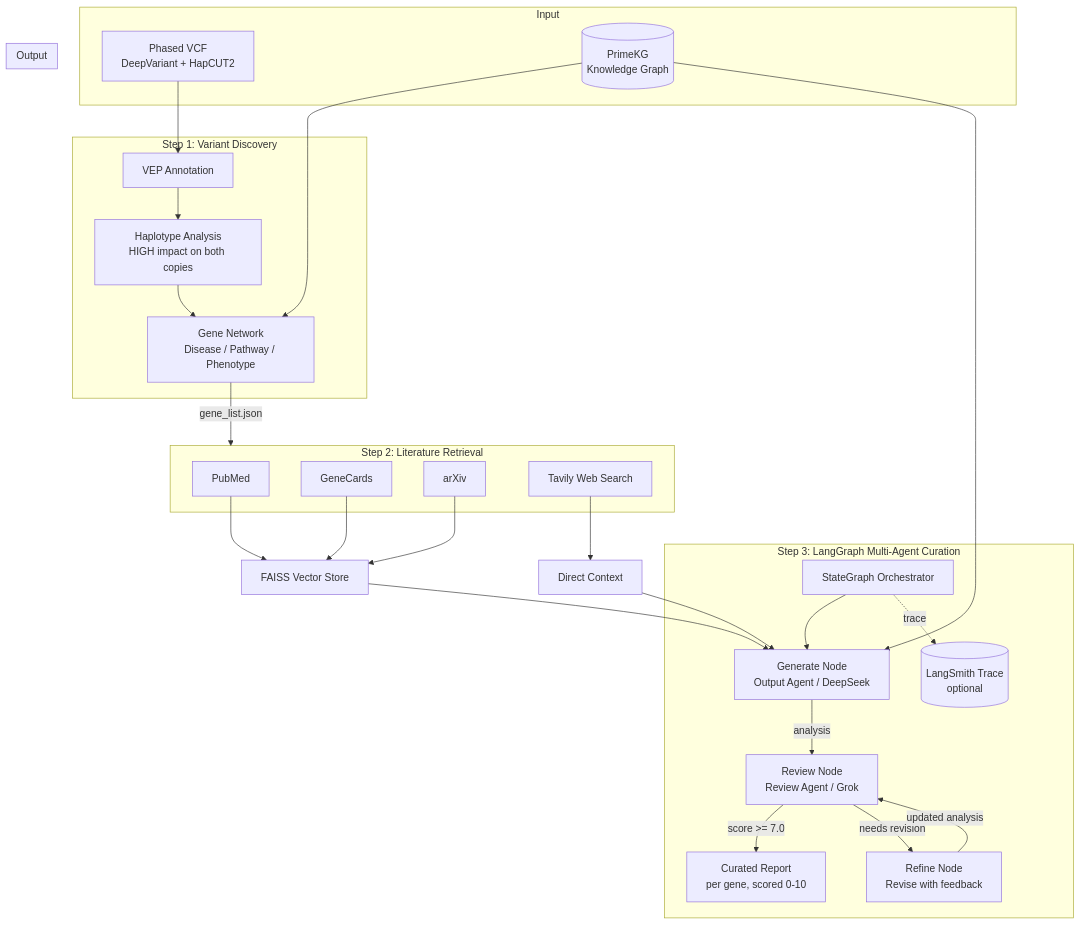
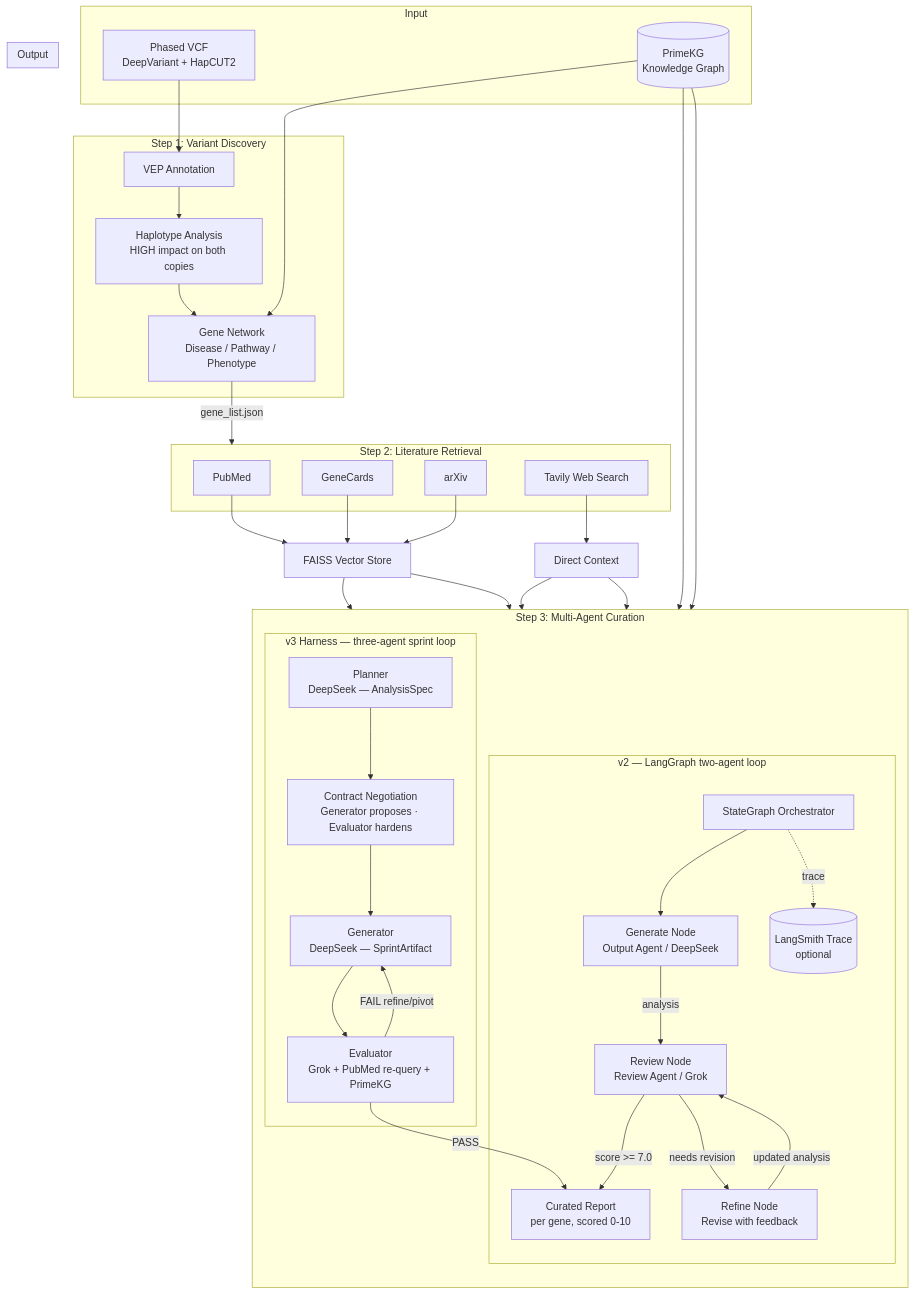
Before and after one commit to arcadianlyric/PhasedVariants_AgenticCurator: the diagram in README.md, drawn with Mermaid. The commit also changed other lines of this file and 8 other files, not shown here.

First line of the commit message:
add three-agent harness (Planner → Generator → Evaluator)

````diff
--- a/README.md
+++ b/README.md
@@ -18,46 +18,62 @@
 ```mermaid
 flowchart TD
     subgraph Input
         VCF[Phased VCF<br/>DeepVariant + HapCUT2]
         KG[(PrimeKG<br/>Knowledge Graph)]
     end
 
     subgraph Step1[Step 1: Variant Discovery]
         VEP[VEP Annotation]
         HAP[Haplotype Analysis<br/>HIGH impact on both copies]
         NET[Gene Network<br/>Disease / Pathway / Phenotype]
     end
 
     subgraph Step2[Step 2: Literature Retrieval]
         PM[PubMed]
         GC[GeneCards]
         AX[arXiv]
         TV[Tavily Web Search]
     end
 
-    subgraph Step3[Step 3: LangGraph Multi-Agent Curation]
-        SG[StateGraph Orchestrator]
-        OA[Generate Node<br/>Output Agent / DeepSeek]
-        RA[Review Node<br/>Review Agent / Grok]
-        RF[Refine Node<br/>Revise with feedback]
-        LS[(LangSmith Trace<br/>optional)]
-        SG --> OA
-        OA -->|analysis| RA
-        RA -->|score >= 7.0| RPT
-        RA -->|needs revision| RF
-        RF -->|updated analysis| RA
-        SG -. trace .-> LS
+    subgraph Step3[Step 3: Multi-Agent Curation]
+        direction TB
+
+        subgraph v2[v2 — LangGraph two-agent loop]
+            SG[StateGraph Orchestrator]
+            OA[Generate Node<br/>Output Agent / DeepSeek]
+            RA[Review Node<br/>Review Agent / Grok]
+            RF[Refine Node<br/>Revise with feedback]
+            LS[(LangSmith Trace<br/>optional)]
+            SG --> OA
+            OA -->|analysis| RA
+            RA -->|score >= 7.0| RPT
+            RA -->|needs revision| RF
+            RF -->|updated analysis| RA
+            SG -. trace .-> LS
+        end
+
+        subgraph v3[v3 Harness — three-agent sprint loop]
+            PL[Planner<br/>DeepSeek — AnalysisSpec]
+            CN[Contract Negotiation<br/>Generator proposes · Evaluator hardens]
+            GN[Generator<br/>DeepSeek — SprintArtifact]
+            EV[Evaluator<br/>Grok + PubMed re-query + PrimeKG]
+            PL --> CN --> GN --> EV
+            EV -->|PASS| RPT
+            EV -->|FAIL refine/pivot| GN
+        end
     end
 
     subgraph Output
         RPT[Curated Report<br/>per gene, scored 0-10]
     end
 
     VCF --> VEP --> HAP --> NET
     KG --> NET
     NET -->|gene_list.json| Step2
     PM & GC & AX --> FAISS[FAISS Vector Store]
     TV --> DirectCtx[Direct Context]
     FAISS & DirectCtx --> OA
+    FAISS & DirectCtx --> GN
     KG --> OA
-```  
+    KG --> GN
+```
````
